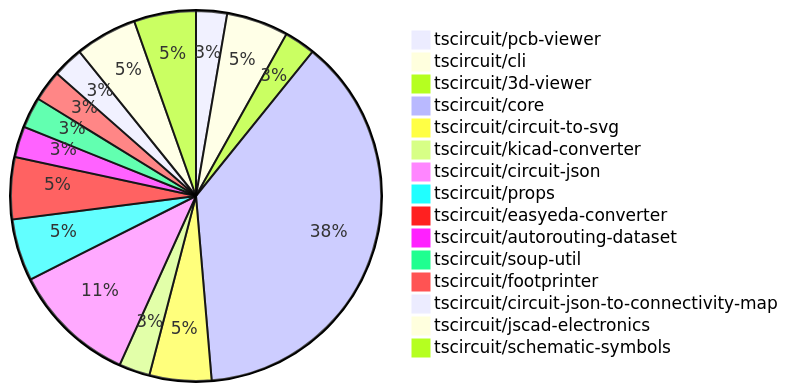
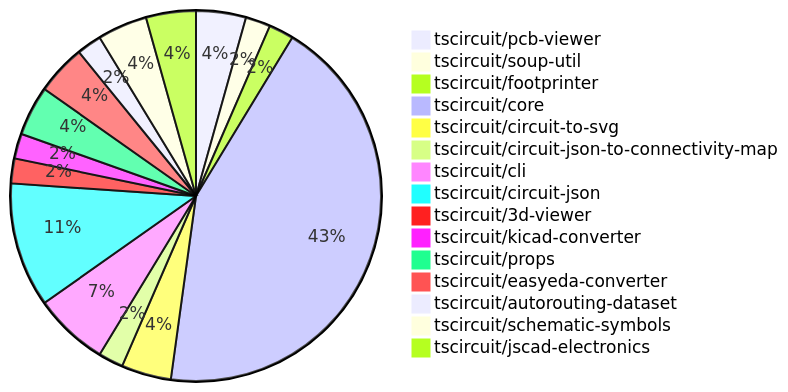
Before and after one commit to tscircuit/contribution-tracker: the diagram in README.md, drawn with Mermaid. The commit also changed other lines of this file and 1 other file, not shown here.

````diff
--- a/README.md
+++ b/README.md
@@ -24,18 +24,18 @@
 ```mermaid
 pie
-    "tscircuit/pcb-viewer" : 1
-    "tscircuit/cli" : 2
+    "tscircuit/pcb-viewer" : 2
+    "tscircuit/soup-util" : 1
+    "tscircuit/footprinter" : 1
+    "tscircuit/core" : 20
+    "tscircuit/circuit-to-svg" : 2
+    "tscircuit/circuit-json-to-connectivity-map" : 1
+    "tscircuit/cli" : 3
+    "tscircuit/circuit-json" : 5
     "tscircuit/3d-viewer" : 1
-    "tscircuit/core" : 14
-    "tscircuit/circuit-to-svg" : 2
     "tscircuit/kicad-converter" : 1
-    "tscircuit/circuit-json" : 4
     "tscircuit/props" : 2
     "tscircuit/easyeda-converter" : 2
     "tscircuit/autorouting-dataset" : 1
-    "tscircuit/soup-util" : 1
-    "tscircuit/footprinter" : 1
-    "tscircuit/circuit-json-to-connectivity-map" : 1
+    "tscircuit/schematic-symbols" : 2
     "tscircuit/jscad-electronics" : 2
-    "tscircuit/schematic-symbols" : 2
 ```
````
